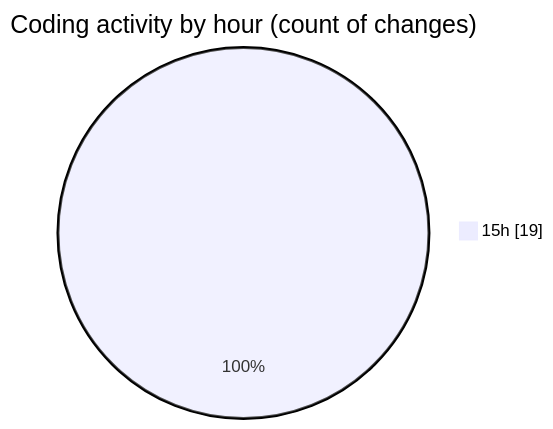
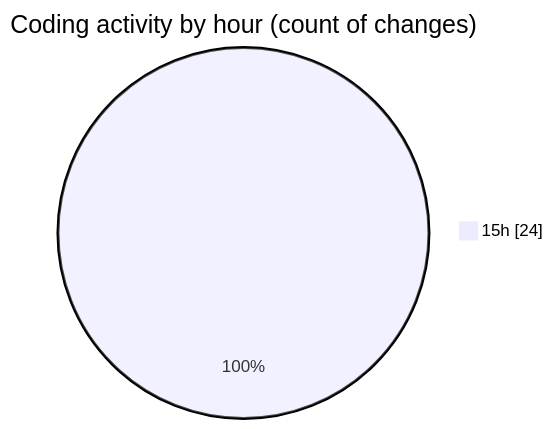
Before and after one commit to EIIisD/code-tracking: the second of 2 diagrams in 2025-08-02/tw-server/README.md, drawn with Mermaid. The commit also changed other lines of this file and 1 other file, not shown here.

````diff
--- a/2025-08-02/tw-server/README.md
+++ b/2025-08-02/tw-server/README.md
@@ -29,5 +29,5 @@
 ```mermaid
 pie showData
 title Coding activity by hour (count of changes)
-"15h" : 19
+"15h" : 24
 ```
````
